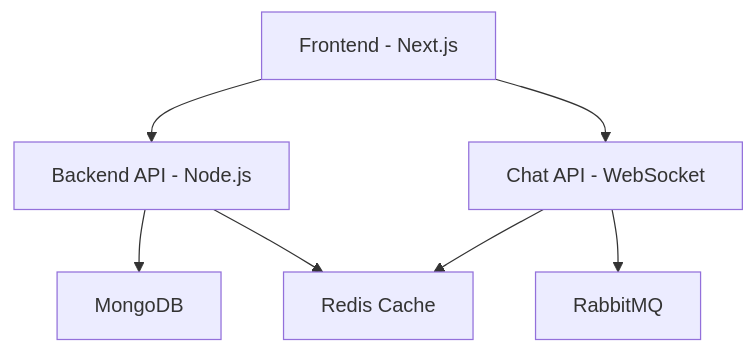
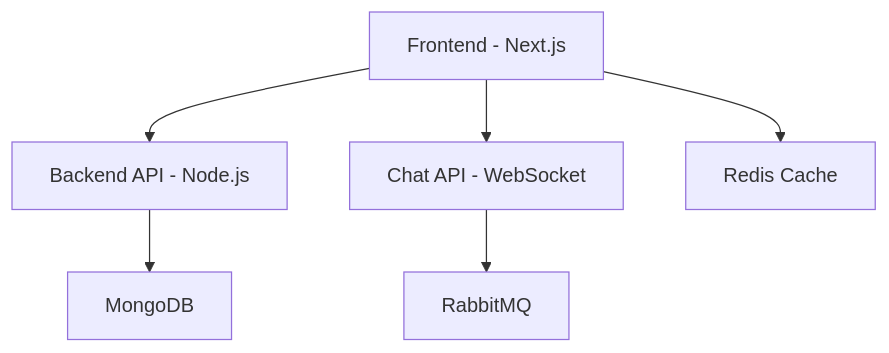
One commit to thanhthanhha/realtime-chat changed the diagram in README.md. Above: the diagram before and after it, drawn with Mermaid.

````diff
--- a/README.md
+++ b/README.md
@@ -95,9 +95,8 @@
 ```mermaid
 graph TB
     A[Frontend - Next.js] --> B[Backend API - Node.js]
     A --> C[Chat API - WebSocket]
     B --> D[MongoDB]
-    B --> E[Redis Cache]
+    A --> E[Redis Cache]
     C --> F[RabbitMQ]
-    C --> E
 ```
````
